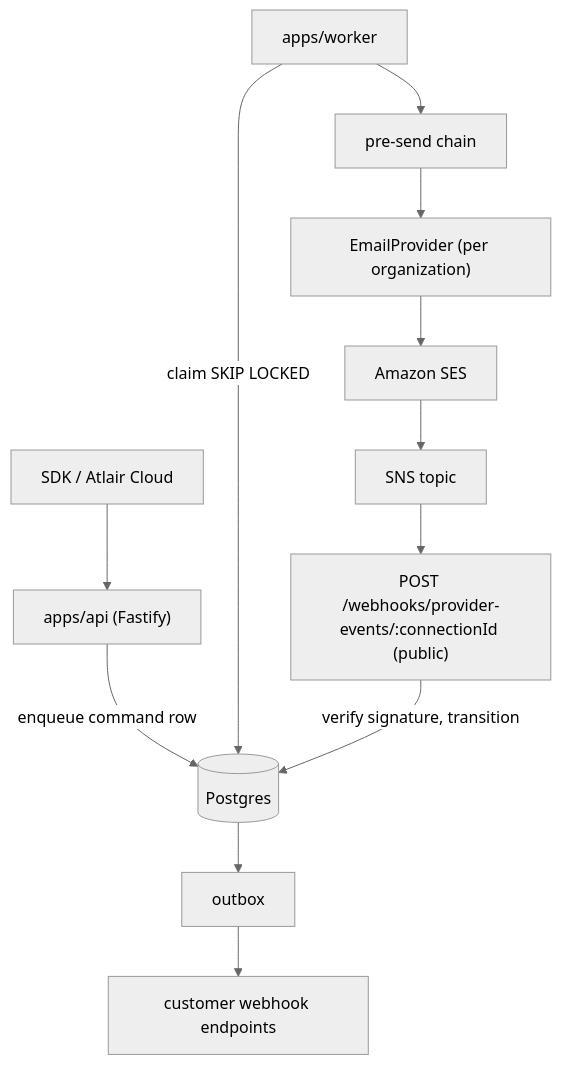
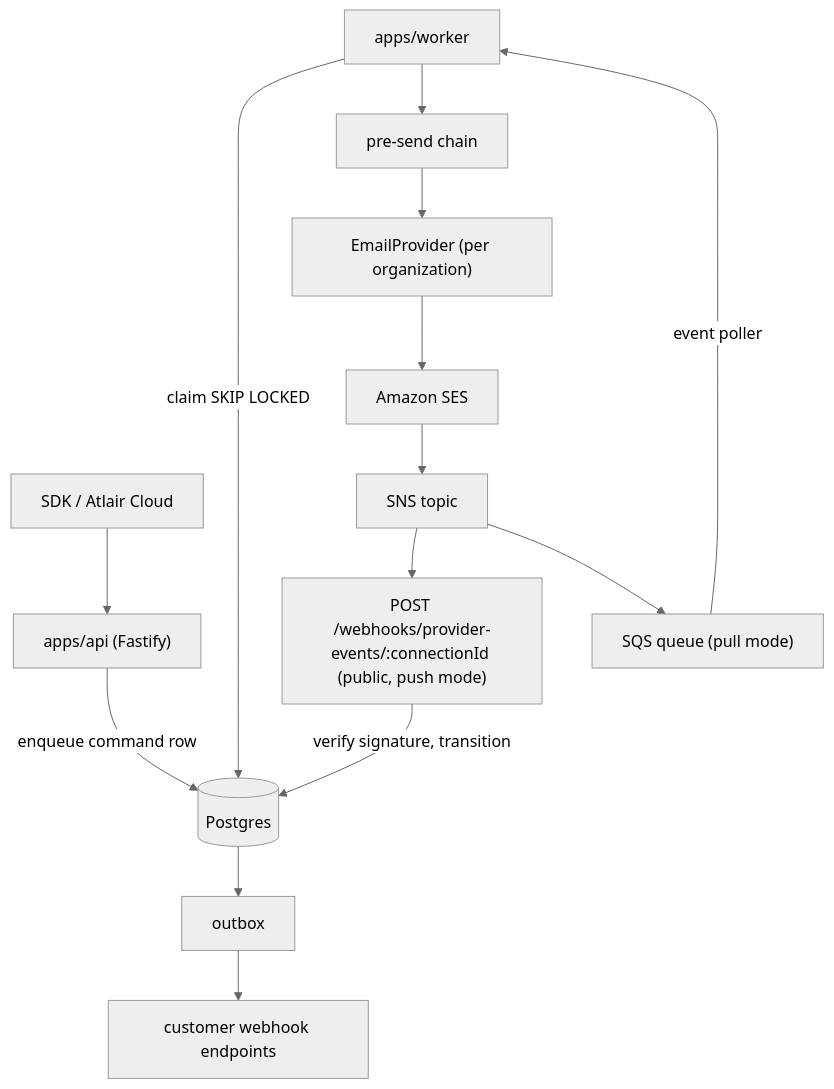
Before and after one commit to atlair-cloud/atlair-mail: the first of 2 diagrams in docs/architecture.md, drawn with Mermaid (neutral theme). The commit also changed other lines of this file and 3 other files, not shown here.

Commit message:
docs: pull mode for provider events, IAM policy and Cloudflare Tunnel (ATL-96)

````diff
--- a/docs/architecture.md
+++ b/docs/architecture.md
@@ -12,11 +12,12 @@
 ```mermaid
 flowchart TB
     SDK["SDK / Atlair Cloud"] --> Api["apps/api (Fastify)"]
     Api -->|enqueue command row| Pg[("Postgres")]
     Worker["apps/worker"] -->|claim SKIP LOCKED| Pg
     Worker --> Chain["pre-send chain"] --> Prov["EmailProvider (per organization)"] --> Ses["Amazon SES"]
     Ses --> Sns["SNS topic"]
-    Sns --> Hook["POST /webhooks/provider-events/:connectionId (public)"]
+    Sns --> Hook["POST /webhooks/provider-events/:connectionId (public, push mode)"]
+    Sns --> Sqs["SQS queue (pull mode)"] -->|event poller| Worker
     Hook -->|verify signature, transition| Pg
     Pg --> Out["outbox"] --> Cust["customer webhook endpoints"]
 ```
````
